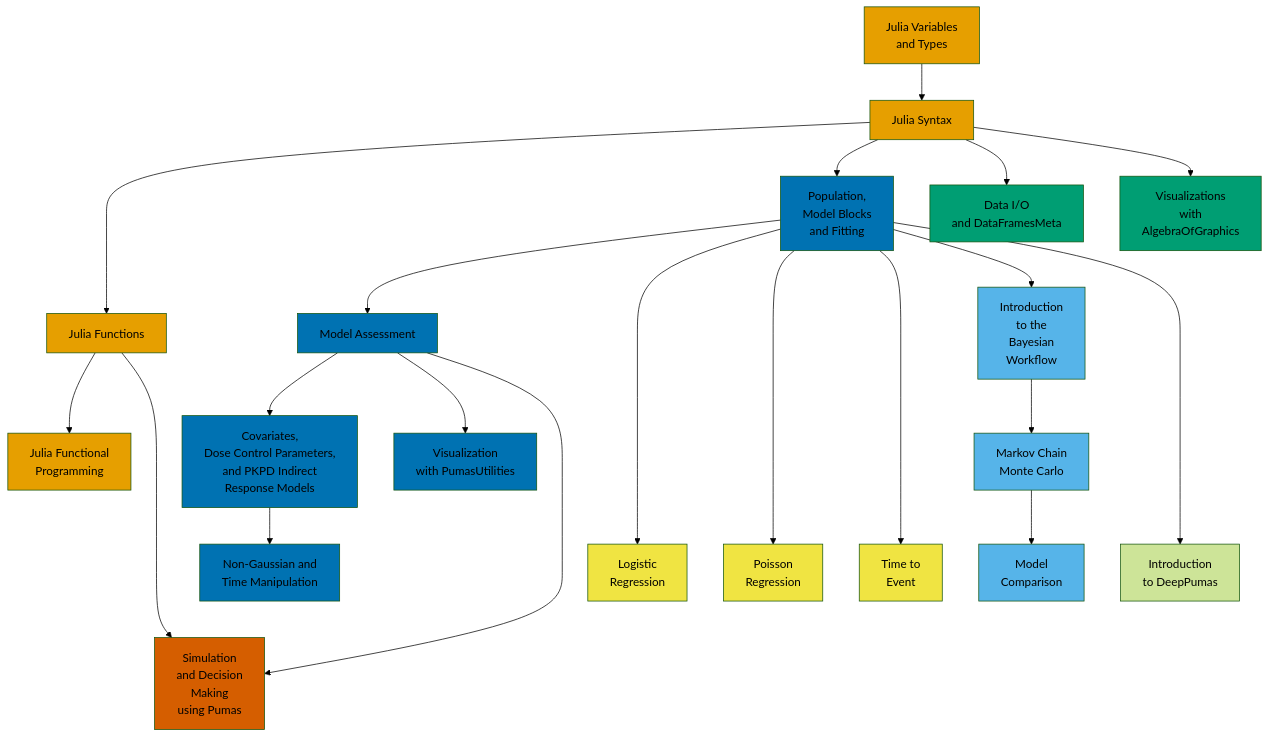
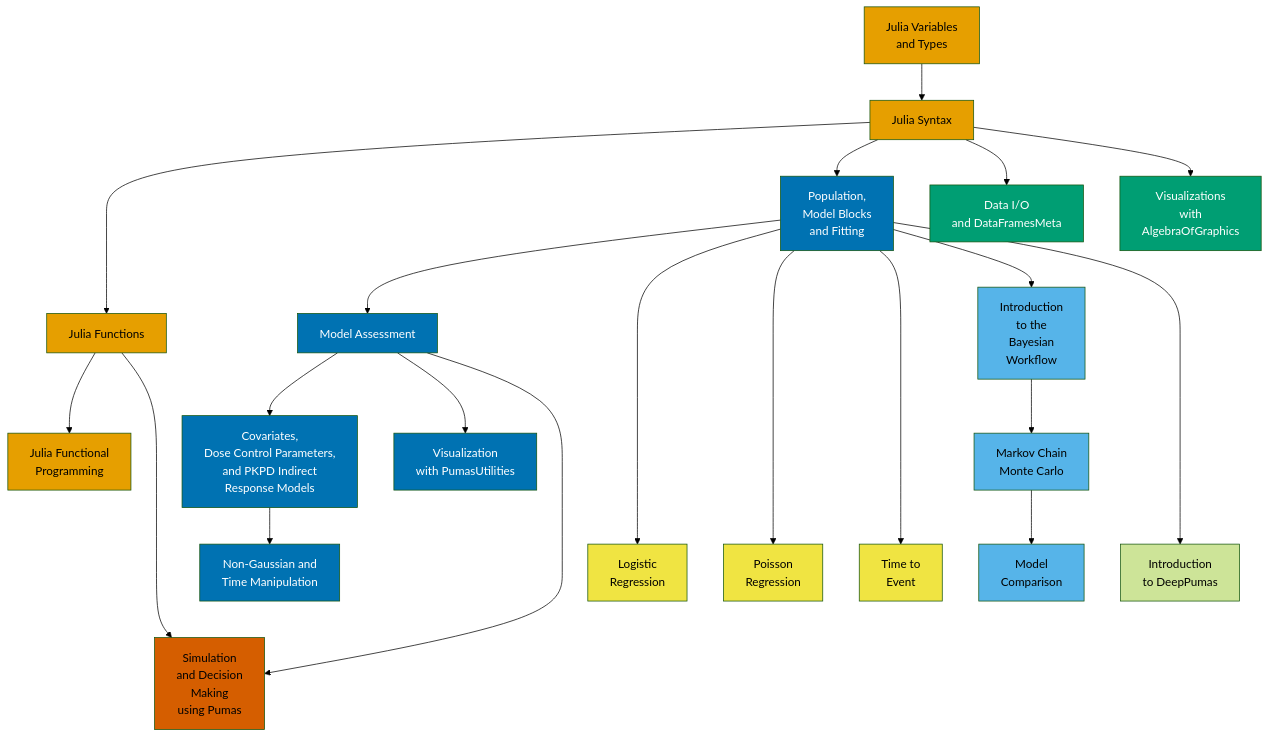
Before and after one commit to PumasAI-Labs/Workshops: the diagram in docs/index.md, drawn with Mermaid (forest theme).

Commit message:
change font color to white in some requirements boxes (#3)
* change font color to white in some requirements boxes

* add white font color to some of the boxes

````diff
--- a/docs/index.md
+++ b/docs/index.md
@@ -32,39 +32,39 @@
 ```mermaid
 graph TB
   J1[Julia Variables\nand Types] --> J2[Julia Syntax];
   J2 --> J3[Julia Functions];
   J3 --> J4[Julia Functional\nProgramming];
   J2 --> N1[Population,\nModel Blocks\nand Fitting];
   N1 --> N2[Model Assessment];
   N2 --> N3[Covariates,\nDose Control Parameters,\nand PKPD Indirect\nResponse Models];
   N2 --> N4[Visualization\nwith PumasUtilities];
   N3 --> N5[Non-Gaussian and\nTime Manipulation];
   N1 ----> D1[Logistic\nRegression];
   N1 ----> D2[Poisson\nRegression];
   N1 ----> D3[Time to\nEvent];
   N1 --> B1[Introduction\nto the\nBayesian\nWorkflow];
   B1 --> B2[Markov Chain\nMonte Carlo];
   B2 --> B3[Model\nComparison];
   N1 ----> DP1[Introduction\nto DeepPumas];
   J2 --> DA1[Data I/O\nand DataFramesMeta];
   J2 --> DA2[Visualizations\nwith\nAlgebraOfGraphics];
   N2 & J3 ----> S1[Simulation\nand Decision\nMaking\nusing Pumas];
 
   %% This is a good color blind friendly palette
   %% https://gist.github.com/tpoisot/ad38a5ed789cc549b2140f9688447ccd
   %% From https://www.nature.com/articles/nmeth.1618
-  classDef orange fill:#e69f00;
-  classDef blue fill:#0072b2;
-  classDef skyblue fill:#56b4e9;
-  classDef yellow fill:#f0e442;
-  classDef green fill:#009e73;
+  classDef orange fill:#e69f00, color:#000000;
+  classDef blue fill:#0072b2, color:#ffffff;
+  classDef skyblue fill:#56b4e9, color:#000000;
+  classDef yellow fill:#f0e442, color:#000000;
+  classDef green fill:#009e73, color:#ffffff;
   classDef vermillion fill:#d55e00;
   classDef reddishpurple fill:#cc79a7;
 
   class J1,J2,J3,J4 orange;
   class N1,N2,N3,N4,N5 blue;
   class D1,D2,D3 yellow;
   class B1,B2,B3 skyblue;
   class DA1,DA2 green;
   class S1 vermillion;
 ```
````
